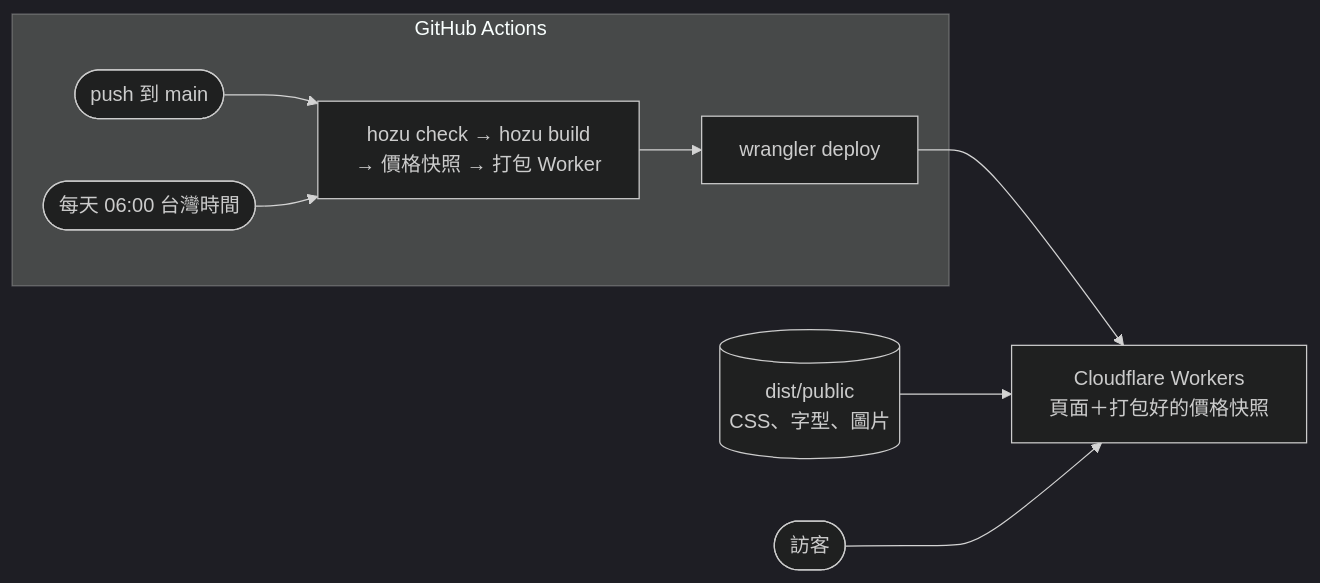
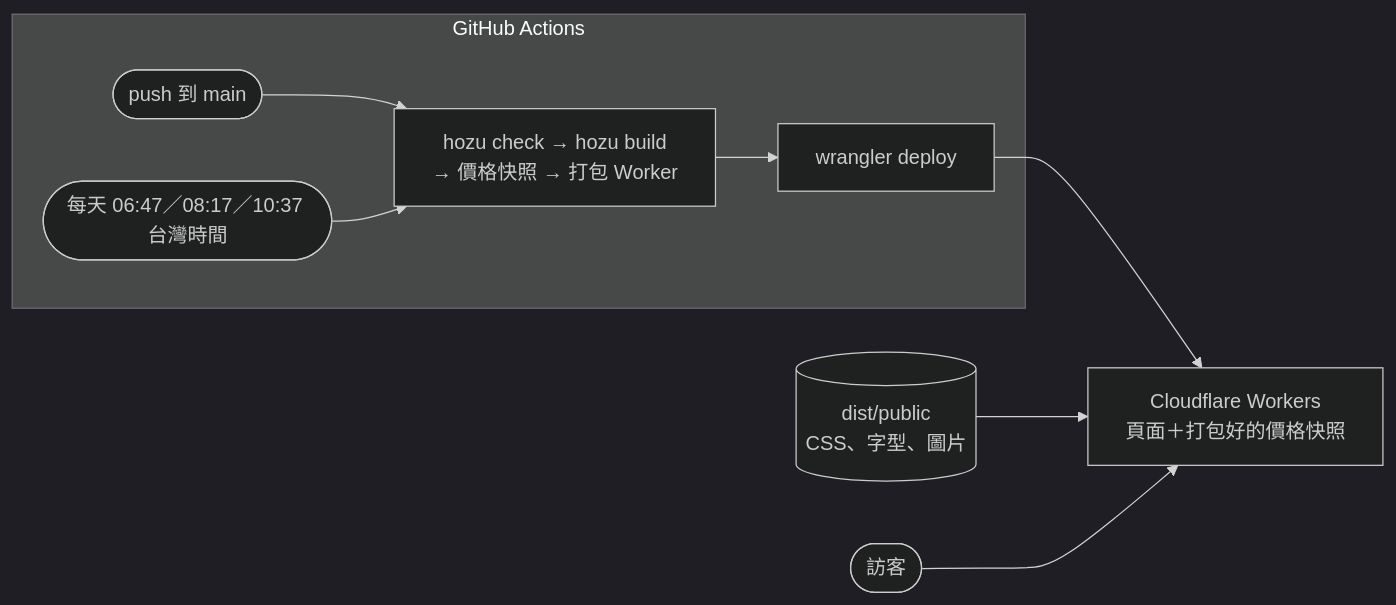
One commit to chaoowen/taiwan-seasonal-produce changed the diagram in README.md. Above: the diagram before and after it, drawn with Mermaid (dark theme). The commit also changed other lines of this file and 5 other files, not shown here.

````diff
--- a/README.md
+++ b/README.md
@@ -152,11 +152,11 @@
 ```mermaid
 flowchart LR
     subgraph GA[GitHub Actions]
       T1([push 到 main]) --> B
-      T2([每天 06:00 台灣時間]) --> B
+      T2([每天 06:47／08:17／10:37 台灣時間]) --> B
       B[hozu check → hozu build<br/>→ 價格快照 → 打包 Worker] --> D[wrangler deploy]
     end
     D --> W[Cloudflare Workers<br/>頁面＋打包好的價格快照]
     S[(dist/public<br/>CSS、字型、圖片)] --> W
     V([訪客]) --> W
 ```
````
